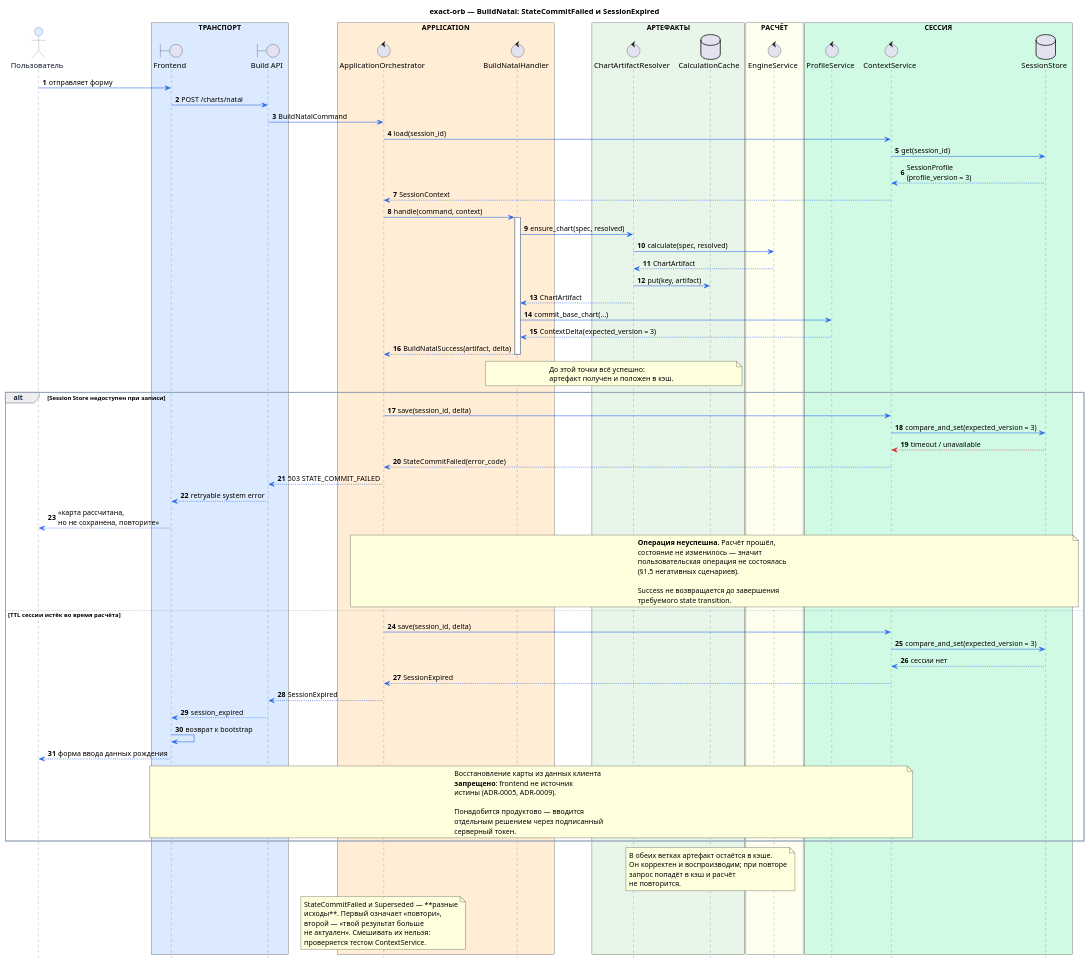
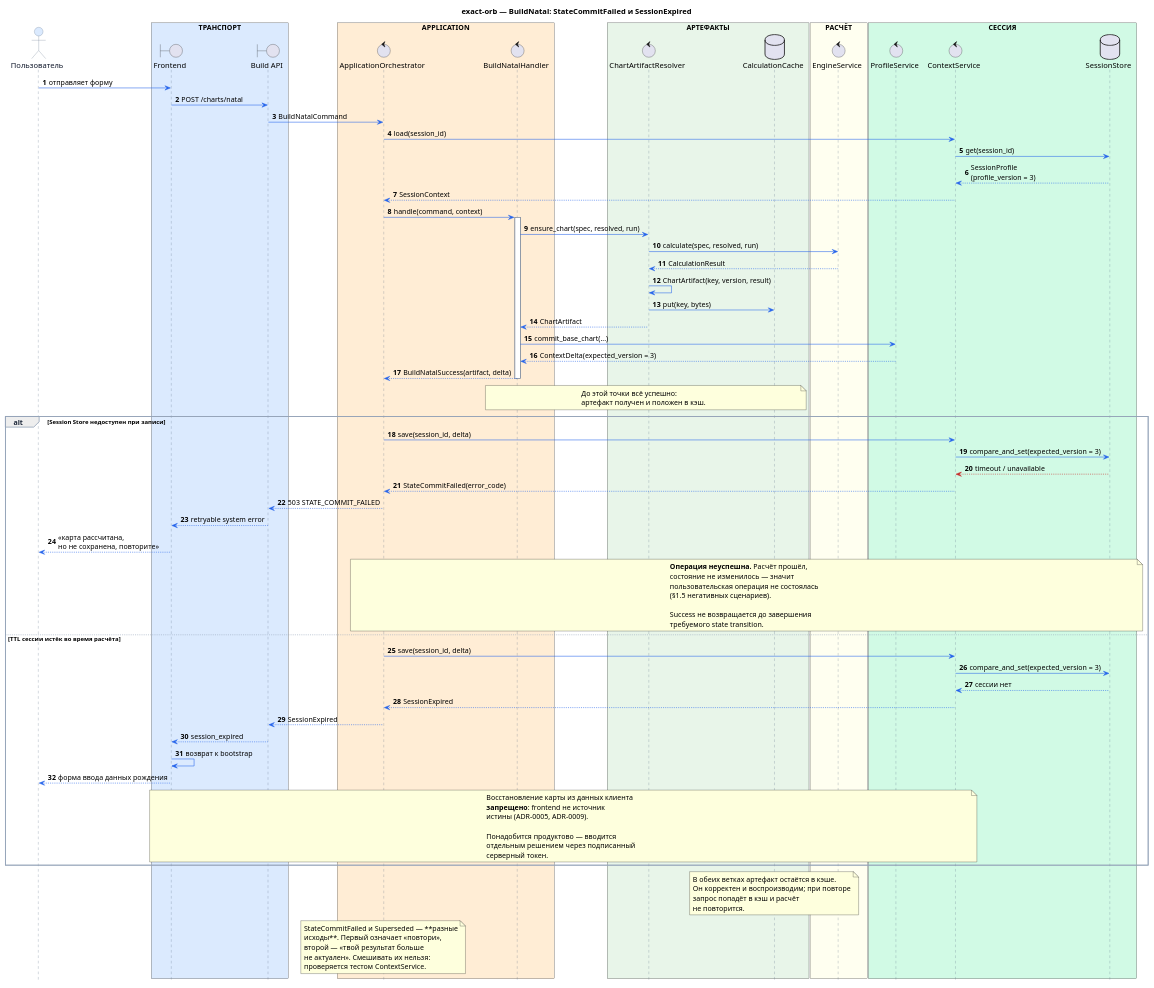
The diagram in docs/sequence_diagrams/build_natal/007-build_natal_commit_failure_and_session_expired.puml (unemployedITshnik/exact-orb-demo), drawn with PlantUML before and after one commit. The commit also changed 49 other files, not shown here.

First line of the commit message:
feat(calculation): add chart artifact pipeline layers

```diff
--- a/docs/sequence_diagrams/build_natal/007-build_natal_commit_failure_and_session_expired.puml
+++ b/docs/sequence_diagrams/build_natal/007-build_natal_commit_failure_and_session_expired.puml
@@ -1,155 +1,156 @@
 @startuml
 title exact-orb — BuildNatal: StateCommitFailed и SessionExpired
 
 ' Расчёт прошёл, состояние — нет. Успешный расчёт не равен
 ' успешной пользовательской операции (ADR-0006).
 
 autonumber
 hide footbox
 
 skinparam shadowing false
 skinparam responseMessageBelowArrow true
 
 skinparam sequence {
     ArrowColor #2563EB
     LifeLineBorderColor #64748B
     LifeLineBackgroundColor #FFFFFF
 
     ParticipantBorderColor #64748B
     ParticipantFontColor #0F172A
     ParticipantBackgroundColor #F8FAFC
 
     ActorBorderColor #64748B
     ActorFontColor #0F172A
     ActorBackgroundColor #DBEAFE
 
     GroupBorderColor #94A3B8
     GroupHeaderFontColor #1E293B
 
     DividerBorderColor #94A3B8
     DividerFontColor #1E293B
 
     NoteBorderColor #94A3B8
     NoteBackgroundColor #FFFBEA
     NoteFontColor #334155
 }
 
 actor "Пользователь" as User
 
 box "ТРАНСПОРТ" #DBEAFE
     boundary "Frontend" as FE
     boundary "Build API" as API
 end box
 
 box "APPLICATION" #FFEDD5
     control "ApplicationOrchestrator" as Orch
     control "BuildNatalHandler" as Handler
 end box
 
 box "АРТЕФАКТЫ" #E8F5E9
     control "ChartArtifactResolver" as Artifacts
     database "CalculationCache" as Cache
 end box
 
 box "РАСЧЁТ" #FFFFF0
     control "EngineService" as Engine
 end box
 
 box "СЕССИЯ" #D1FAE5
     control "ProfileService" as Profile
     control "ContextService" as Context
     database "SessionStore" as Store
 end box
 
 
 User -> FE : отправляет форму
 FE -> API : POST /charts/natal
 API -> Orch : BuildNatalCommand
 
 Orch -> Context : load(session_id)
 Context -> Store : get(session_id)
 Store --> Context : SessionProfile\n(profile_version = 3)
 Context --> Orch : SessionContext
 
 Orch -> Handler : handle(command, context)
 activate Handler
 
-Handler -> Artifacts : ensure_chart(spec, resolved)
-Artifacts -> Engine : calculate(spec, resolved)
-Engine --> Artifacts : ChartArtifact
-Artifacts -> Cache : put(key, artifact)
+Handler -> Artifacts : ensure_chart(spec, resolved, run)
+Artifacts -> Engine : calculate(spec, resolved, run)
+Engine --> Artifacts : CalculationResult
+Artifacts -> Artifacts : ChartArtifact(key, version, result)
+Artifacts -> Cache : put(key, bytes)
 Artifacts --> Handler : ChartArtifact
 
 Handler -> Profile : commit_base_chart(...)
 Profile --> Handler : ContextDelta(expected_version = 3)
 
 Handler --> Orch : BuildNatalSuccess(artifact, delta)
 deactivate Handler
 
 note over Handler, Cache
 До этой точки всё успешно:
 артефакт получен и положен в кэш.
 end note
 
 
 alt Session Store недоступен при записи
 
     Orch -> Context : save(session_id, delta)
     Context -> Store : compare_and_set(expected_version = 3)
     Store -[#C62828]-> Context : timeout / unavailable
     Context --> Orch : StateCommitFailed(error_code)
 
     Orch --> API : 503 STATE_COMMIT_FAILED
     API --> FE : retryable system error
     FE --> User : «карта рассчитана,\nно не сохранена, повторите»
 
     note over Orch, Store
     **Операция неуспешна.** Расчёт прошёл,
     состояние не изменилось — значит
     пользовательская операция не состоялась
     (§1.5 негативных сценариев).
 
     Success не возвращается до завершения
     требуемого state transition.
     end note
 
 else TTL сессии истёк во время расчёта
 
     Orch -> Context : save(session_id, delta)
     Context -> Store : compare_and_set(expected_version = 3)
     Store --> Context : сессии нет
     Context --> Orch : SessionExpired
 
     Orch --> API : SessionExpired
     API --> FE : session_expired
     FE -> FE : возврат к bootstrap
     FE --> User : форма ввода данных рождения
 
     note over FE, Context
     Восстановление карты из данных клиента
     **запрещено**: frontend не источник
     истины (ADR-0005, ADR-0009).
 
     Понадобится продуктово — вводится
     отдельным решением через подписанный
     серверный токен.
     end note
 
 end
 
 note over Cache
 В обеих ветках артефакт остаётся в кэше.
 Он корректен и воспроизводим; при повторе
 запрос попадёт в кэш и расчёт
 не повторится.
 end note
 
 note over Orch
 StateCommitFailed и Superseded — **разные
 исходы**. Первый означает «повтори»,
 второй — «твой результат больше
 не актуален». Смешивать их нельзя:
 проверяется тестом ContextService.
 end note
 
 @enduml
```
